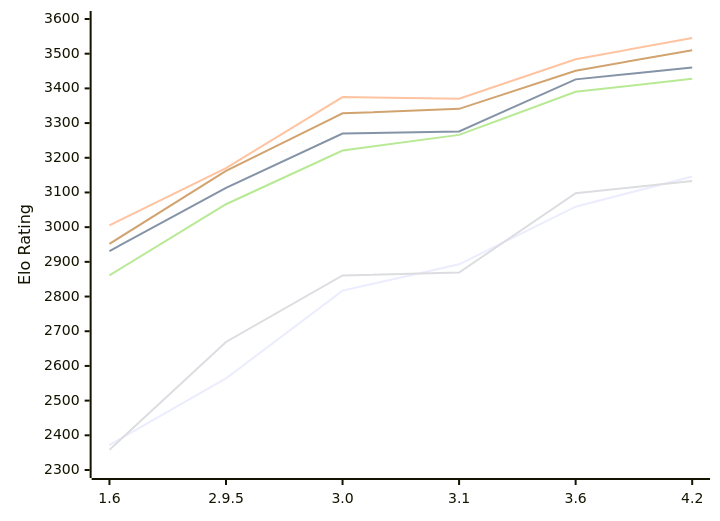
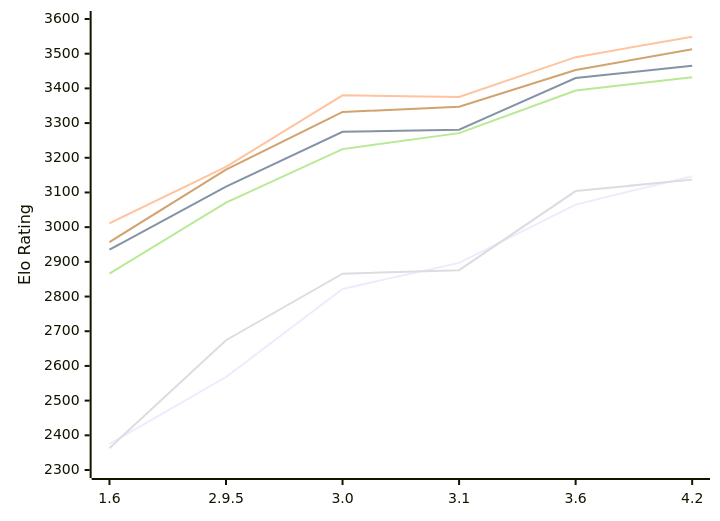
The diagram in engines/Chessenger.md (computer-chess-index/cci), drawn with Mermaid before and after one commit. The commit also changed other lines of this file, not shown here.

Commit message:
Update CCI Ratings (ELO VLTC) - 2026-11-20

````diff
--- a/engines/Chessenger.md
+++ b/engines/Chessenger.md
@@ -57,12 +57,12 @@
 ```mermaid
 %%{init: {"theme":"base","themeVariables":{"seriesColors:['#a3a3a3','#222221','#faa371']}}}%%
 xychart-beta
   x-axis ["1.6", "2.9.5", "3.0", "3.1", "3.6", "4.2"]
   y-axis "Elo Rating" 2300 --> 3600
-  line "E1: STC (8.0+0.08s)" [2372, 2564, 2817, 2893, 3059, 3146]
-  line "E1: LTC (60.0+0.60s)" [2931, 3113, 3270, 3276, 3426, 3460]
-  line "E1: VLTC (2m24s+1.12s)" [3005, 3170, 3375, 3370, 3484, 3545]
-  line "P1: STC (8.0+0.08s)" [2358, 2669, 2861, 2869, 3098, 3133]
-  line "P1: LTC (60.0+0.60s)" [2861, 3066, 3221, 3266, 3390, 3428]
-  line "P1: VLTC (2m24s+1.12s)" [2952, 3162, 3328, 3341, 3451, 3510]
+  line "E1: STC (8.0+0.08s)" [2375, 2568, 2822, 2897, 3065, 3147]
+  line "E1: LTC (60.0+0.60s)" [2935, 3117, 3275, 3281, 3430, 3465]
+  line "E1: VLTC (2m24s+1.12s)" [3011, 3174, 3380, 3375, 3490, 3549]
+  line "P1: STC (8.0+0.08s)" [2363, 2674, 2866, 2876, 3104, 3137]
+  line "P1: LTC (60.0+0.60s)" [2866, 3071, 3225, 3271, 3394, 3432]
+  line "P1: VLTC (2m24s+1.12s)" [2957, 3166, 3332, 3347, 3453, 3513]
 ```
````
